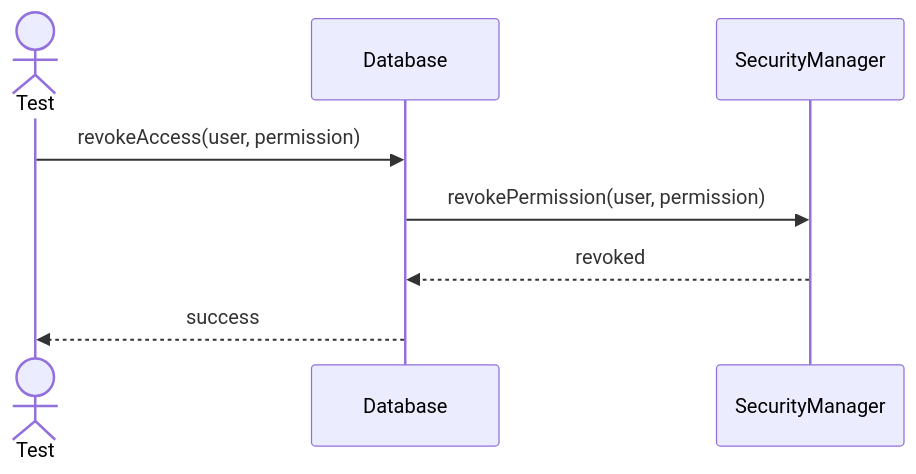
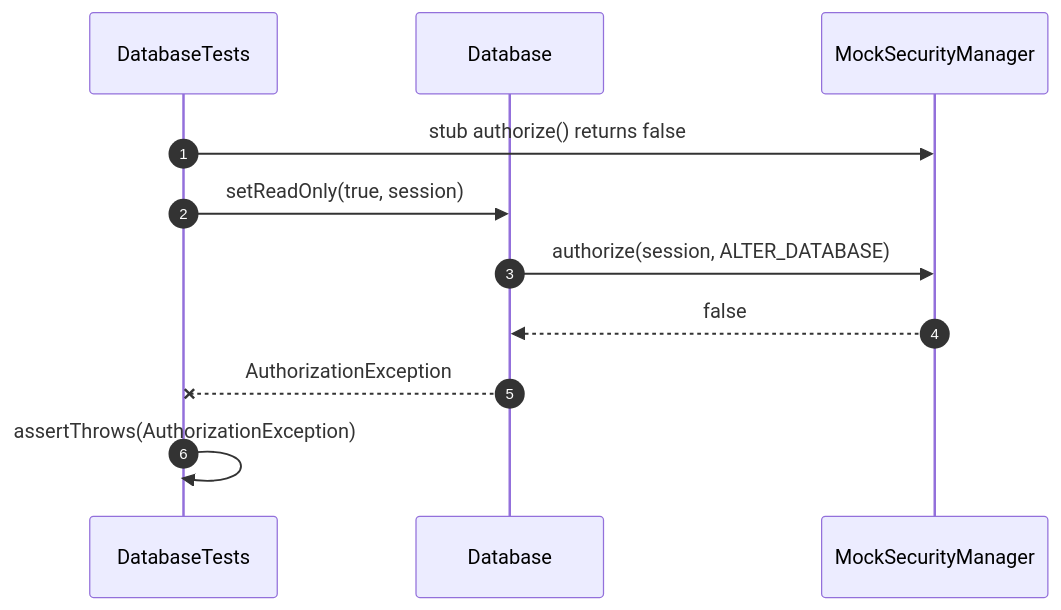
Before and after one commit to FhuAnn/-bbv-AN-s-DBMS: the seventh of 25 diagrams in src/tests/unit/database/sequences/database-testing.se.md, drawn with Mermaid. The commit also changed other lines of this file and 28 other files, not shown here.

Commit message:
edit db sequence, dbtest

````diff
--- a/src/tests/unit/database/sequences/database-testing.se.md
+++ b/src/tests/unit/database/sequences/database-testing.se.md
@@ -107,11 +162,18 @@
 ```mermaid
 sequenceDiagram
-actor Test
-participant Database
-participant SecurityManager
+    autonumber
 
-Test->>Database: revokeAccess(user, permission)
-Database->>SecurityManager: revokePermission(user, permission)
-SecurityManager-->>Database: revoked
-Database-->>Test: success
+    participant Test as DatabaseTests
+    participant Database
+    participant Security as MockSecurityManager
+
+    Test->>Security: stub authorize() returns false
+    Test->>Database: setReadOnly(true, session)
+
+    Database->>Security: authorize(session, ALTER_DATABASE)
+    Security-->>Database: false
+
+    Database--xTest: AuthorizationException
+
+    Test->>Test: assertThrows(AuthorizationException)
 ```
````
